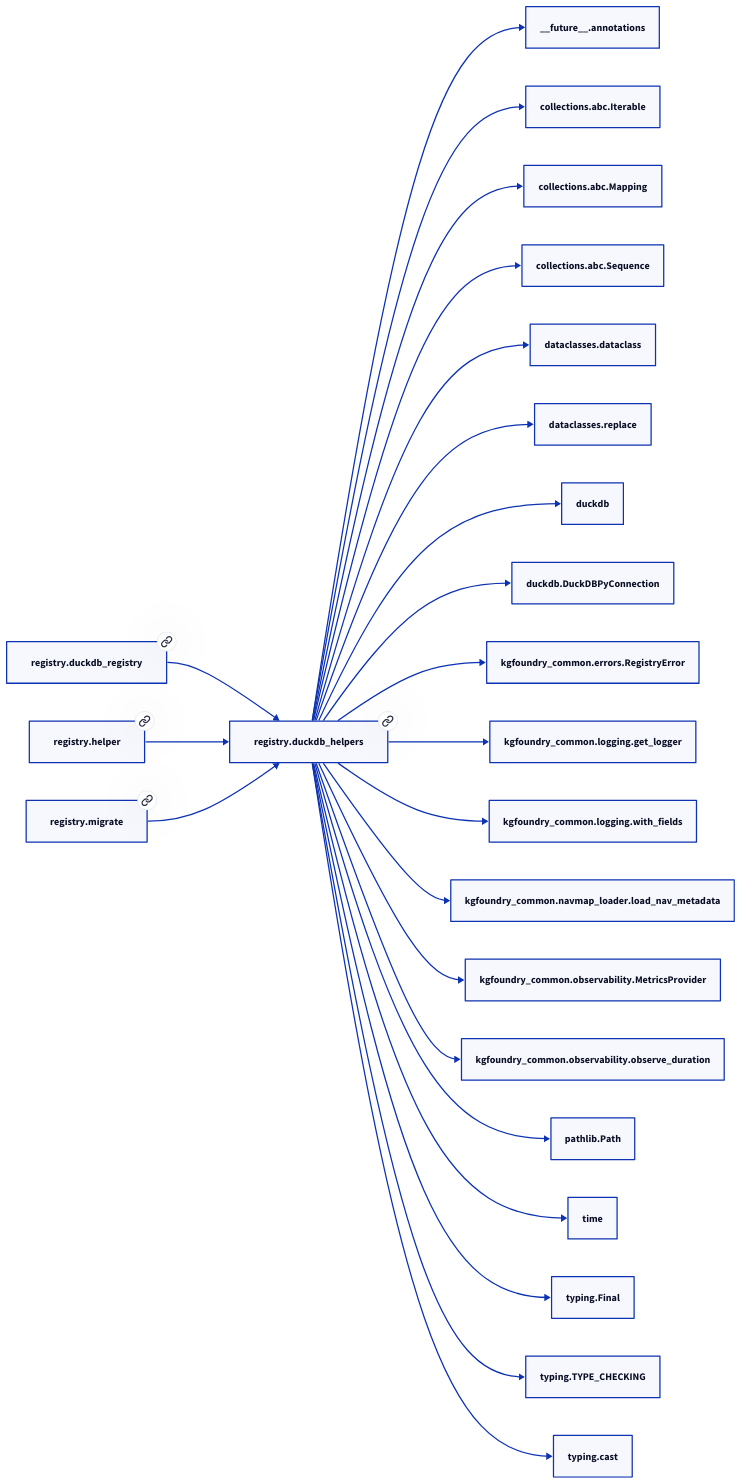
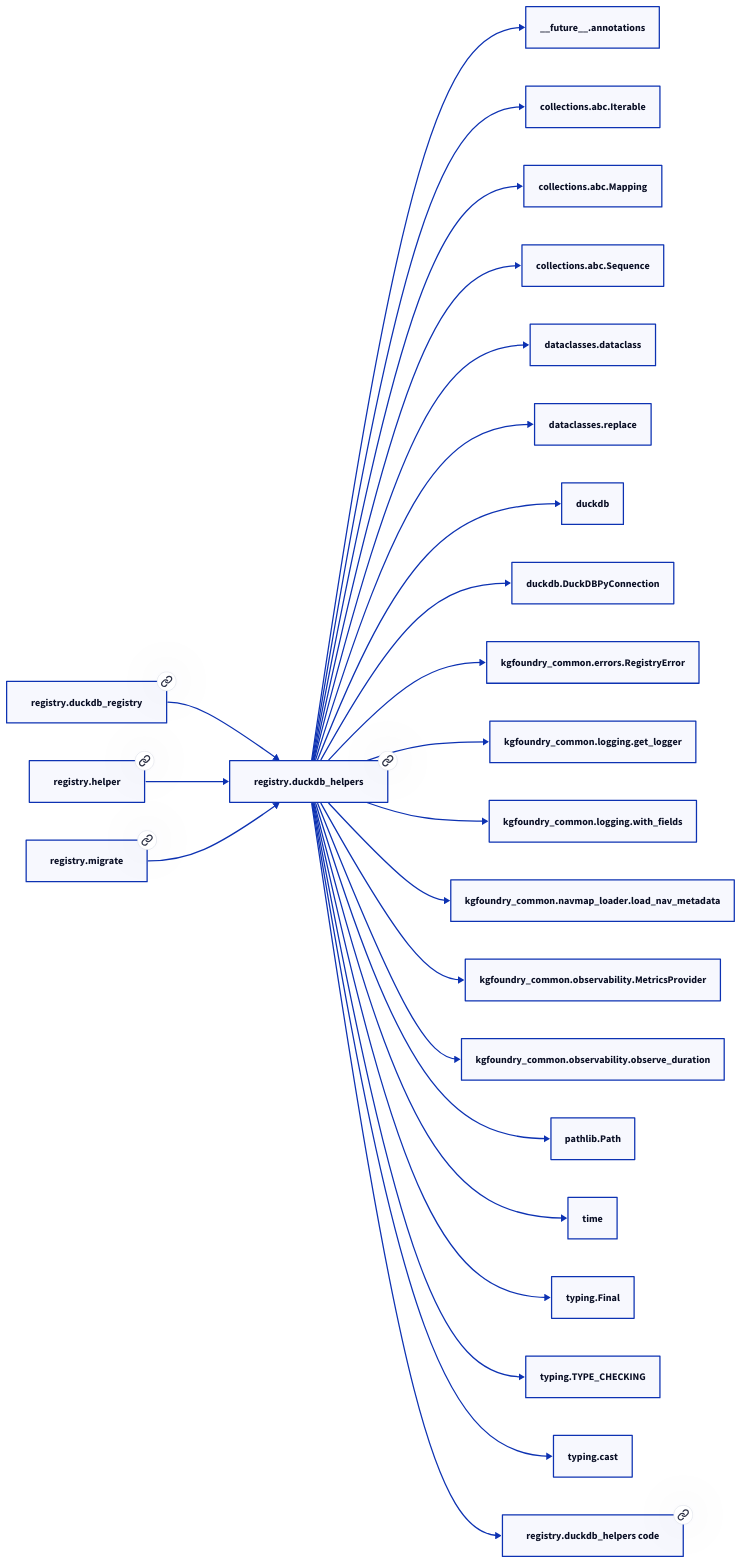
The second of 2 diagrams in docs/modules/registry/duckdb_helpers.md (paul-heyse/kgforge), drawn with D2 before and after one commit. The commit also changed other lines of this file and 319 other files, not shown here.

````diff
--- a/docs/modules/registry/duckdb_helpers.md
+++ b/docs/modules/registry/duckdb_helpers.md
@@ -81,48 +83,50 @@
 ```d2
 direction: right
-"registry.duckdb_helpers": "registry.duckdb_helpers" { link: "duckdb_helpers.md" }
+"registry.duckdb_helpers": "registry.duckdb_helpers" { link: "./registry/duckdb_helpers.md" }
 "__future__.annotations": "__future__.annotations"
 "registry.duckdb_helpers" -> "__future__.annotations"
 "collections.abc.Iterable": "collections.abc.Iterable"
 "registry.duckdb_helpers" -> "collections.abc.Iterable"
 "collections.abc.Mapping": "collections.abc.Mapping"
 "registry.duckdb_helpers" -> "collections.abc.Mapping"
 "collections.abc.Sequence": "collections.abc.Sequence"
 "registry.duckdb_helpers" -> "collections.abc.Sequence"
 "dataclasses.dataclass": "dataclasses.dataclass"
 "registry.duckdb_helpers" -> "dataclasses.dataclass"
 "dataclasses.replace": "dataclasses.replace"
 "registry.duckdb_helpers" -> "dataclasses.replace"
 "duckdb": "duckdb"
 "registry.duckdb_helpers" -> "duckdb"
 "duckdb.DuckDBPyConnection": "duckdb.DuckDBPyConnection"
 "registry.duckdb_helpers" -> "duckdb.DuckDBPyConnection"
 "kgfoundry_common.errors.RegistryError": "kgfoundry_common.errors.RegistryError"
 "registry.duckdb_helpers" -> "kgfoundry_common.errors.RegistryError"
 "kgfoundry_common.logging.get_logger": "kgfoundry_common.logging.get_logger"
 "registry.duckdb_helpers" -> "kgfoundry_common.logging.get_logger"
 "kgfoundry_common.logging.with_fields": "kgfoundry_common.logging.with_fields"
 "registry.duckdb_helpers" -> "kgfoundry_common.logging.with_fields"
 "kgfoundry_common.navmap_loader.load_nav_metadata": "kgfoundry_common.navmap_loader.load_nav_metadata"
 "registry.duckdb_helpers" -> "kgfoundry_common.navmap_loader.load_nav_metadata"
 "kgfoundry_common.observability.MetricsProvider": "kgfoundry_common.observability.MetricsProvider"
 "registry.duckdb_helpers" -> "kgfoundry_common.observability.MetricsProvider"
 "kgfoundry_common.observability.observe_duration": "kgfoundry_common.observability.observe_duration"
 "registry.duckdb_helpers" -> "kgfoundry_common.observability.observe_duration"
 "pathlib.Path": "pathlib.Path"
 "registry.duckdb_helpers" -> "pathlib.Path"
 "time": "time"
 "registry.duckdb_helpers" -> "time"
 "typing.Final": "typing.Final"
 "registry.duckdb_helpers" -> "typing.Final"
 "typing.TYPE_CHECKING": "typing.TYPE_CHECKING"
 "registry.duckdb_helpers" -> "typing.TYPE_CHECKING"
 "typing.cast": "typing.cast"
 "registry.duckdb_helpers" -> "typing.cast"
-"registry.duckdb_registry": "registry.duckdb_registry" { link: "duckdb_registry.md" }
+"registry.duckdb_registry": "registry.duckdb_registry" { link: "./registry/duckdb_registry.md" }
 "registry.duckdb_registry" -> "registry.duckdb_helpers"
-"registry.helper": "registry.helper" { link: "helper.md" }
+"registry.helper": "registry.helper" { link: "./registry/helper.md" }
 "registry.helper" -> "registry.duckdb_helpers"
-"registry.migrate": "registry.migrate" { link: "migrate.md" }
+"registry.migrate": "registry.migrate" { link: "./registry/migrate.md" }
 "registry.migrate" -> "registry.duckdb_helpers"
+"registry.duckdb_helpers_code": "registry.duckdb_helpers code" { link: "https://github.com/kgfoundry/kgfoundry/blob/main/src/registry/duckdb_helpers.py" }
+"registry.duckdb_helpers" -> "registry.duckdb_helpers_code" { style: dashed }
 ```
````
